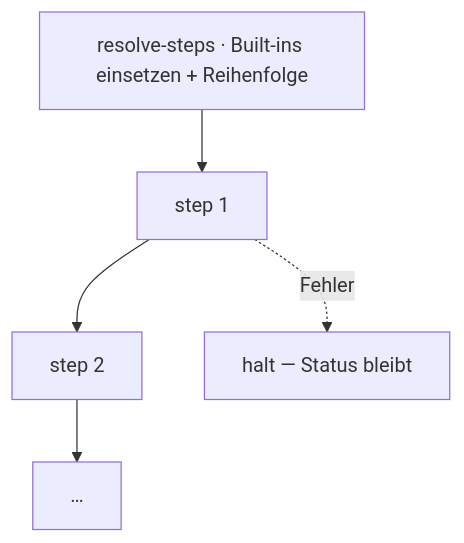
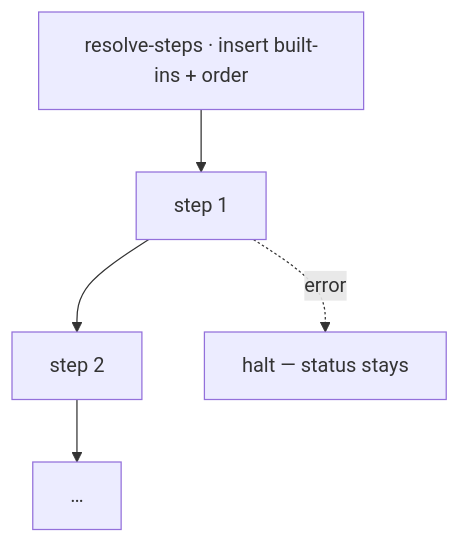
The diagram in docs/core/engine/stage-runner.md (chafoo/anchored), drawn with Mermaid before and after one commit. The commit also changed other lines of this file and 131 other files, not shown here.

````diff
--- a/docs/core/engine/stage-runner.md
+++ b/docs/core/engine/stage-runner.md
@@ -23,6 +23,6 @@
 ```mermaid
 flowchart TB
-    R["resolve-steps · Built-ins einsetzen + Reihenfolge"] --> s1["step 1"]
+    R["resolve-steps · insert built-ins + order"] --> s1["step 1"]
     s1 --> s2["step 2"] --> s3["…"]
-    s1 -. "Fehler" .-> H["halt — Status bleibt"]
+    s1 -. "error" .-> H["halt — status stays"]
 ```
````
